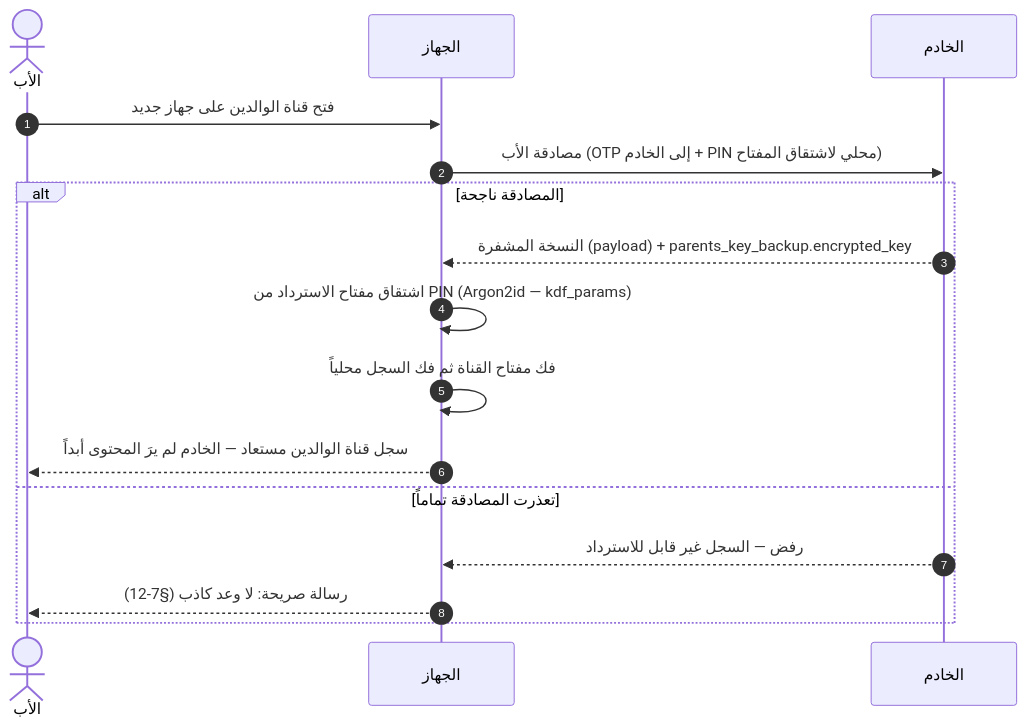
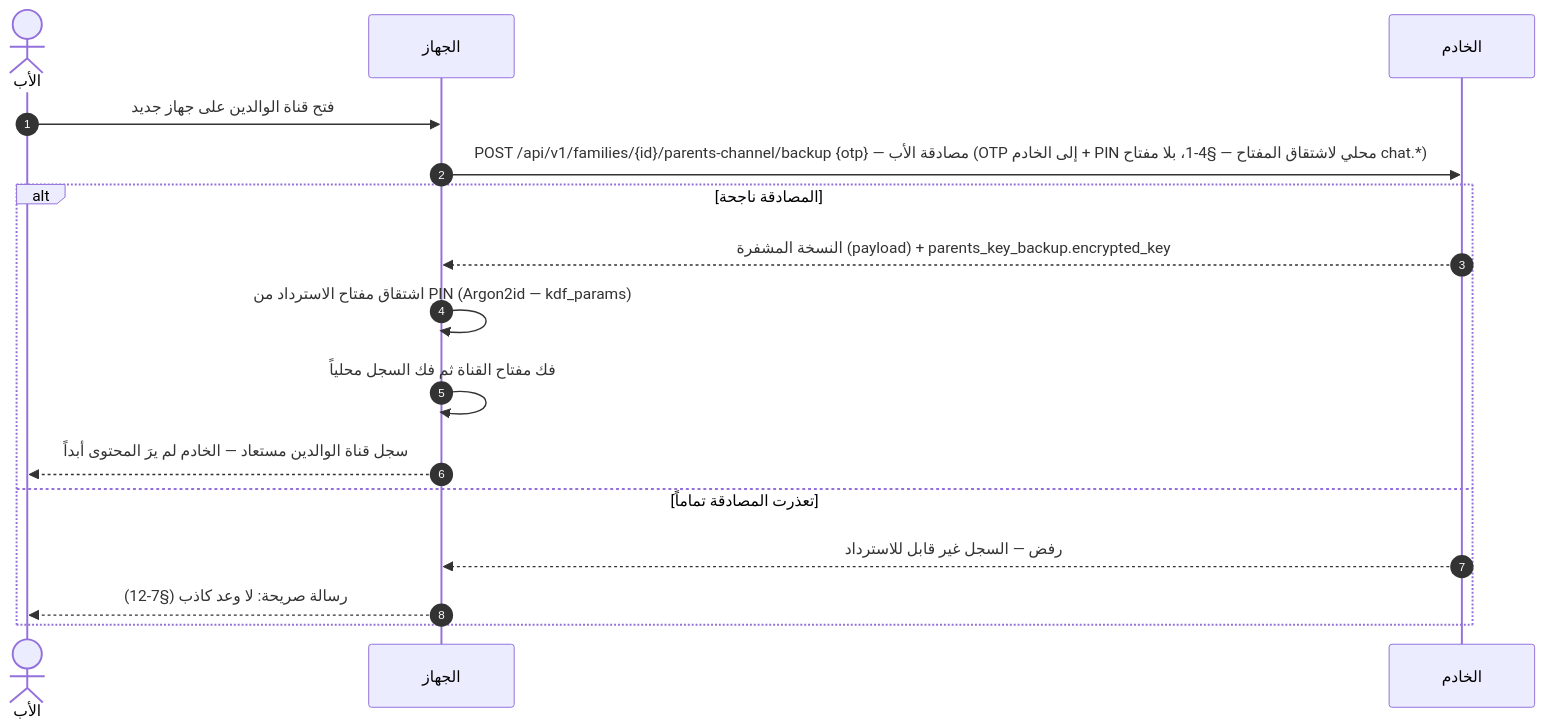
The seventh of 10 diagrams in docs/family-os/governance/phases/phase-1/S1-08-chat-basic/DIAGRAMS.md (Bassam-mohammed-alqaeadi/family-os-v2), drawn with Mermaid before and after one commit. The commit also changed other lines of this file and 1 other file, not shown here.

````diff
--- a/docs/family-os/governance/phases/phase-1/S1-08-chat-basic/DIAGRAMS.md
+++ b/docs/family-os/governance/phases/phase-1/S1-08-chat-basic/DIAGRAMS.md
@@ -308,18 +314,18 @@
 ```mermaid
 sequenceDiagram
     autonumber
     actor Father as الأب
     participant Device as الجهاز
     participant Ktor as الخادم
     Father->>Device: فتح قناة الوالدين على جهاز جديد
-    Device->>Ktor: مصادقة الأب (OTP إلى الخادم + PIN محلي لاشتقاق المفتاح)
+    Device->>Ktor: POST /api/v1/families/{id}/parents-channel/backup {otp} — مصادقة الأب (OTP إلى الخادم + PIN محلي لاشتقاق المفتاح — §4-1، بلا مفتاح chat.*)
     alt المصادقة ناجحة
         Ktor-->>Device: النسخة المشفرة (payload) + parents_key_backup.encrypted_key
         Device->>Device: اشتقاق مفتاح الاسترداد من PIN (Argon2id — kdf_params)
         Device->>Device: فك مفتاح القناة ثم فك السجل محلياً
         Device-->>Father: سجل قناة الوالدين مستعاد — الخادم لم يرَ المحتوى أبداً
     else تعذرت المصادقة تماماً
         Ktor-->>Device: رفض — السجل غير قابل للاسترداد
         Device-->>Father: رسالة صريحة: لا وعد كاذب (§7-12)
     end
 ```
````
